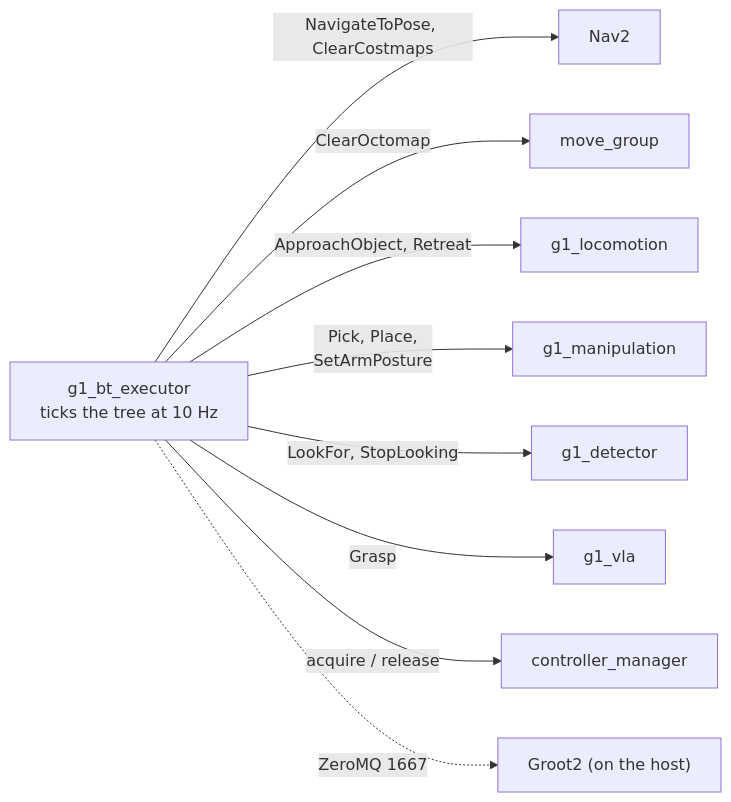
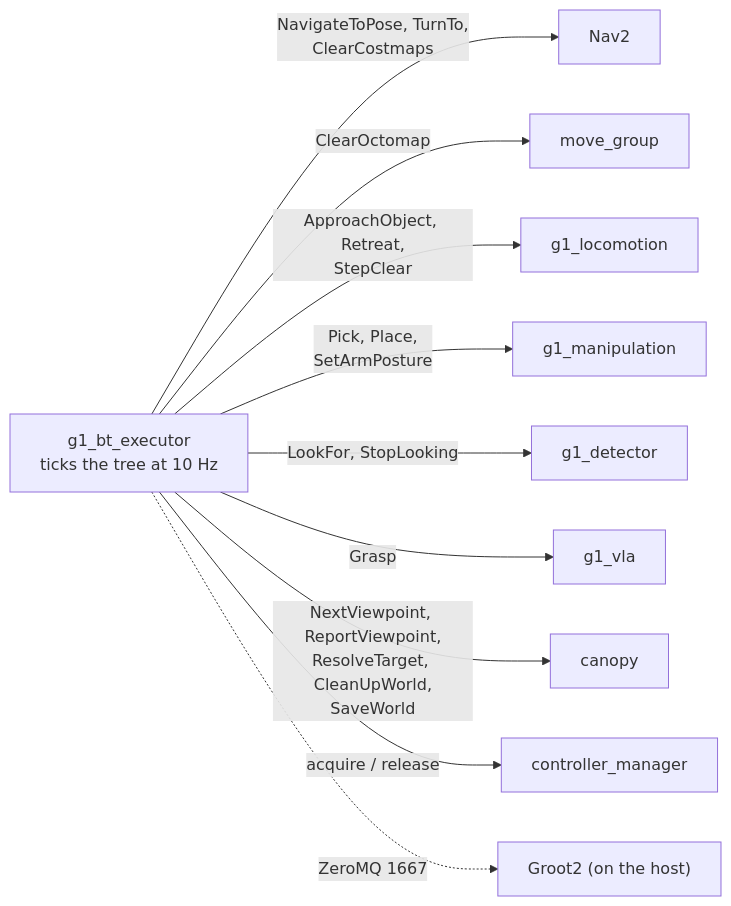
One commit to Adyansh04/grove-g1 changed the diagram in workspace/src/g1_orchestration/README.md. Above: the diagram before and after it, drawn with Mermaid. The commit also changed other lines of this file and 107 other files, not shown here.

````diff
--- a/workspace/src/g1_orchestration/README.md
+++ b/workspace/src/g1_orchestration/README.md
@@ -6,12 +6,13 @@
 ```mermaid
 flowchart LR
     EXE["g1_bt_executor<br/>ticks the tree at 10 Hz"]
-    EXE -- "NavigateToPose, ClearCostmaps" --> NAV["Nav2"]
+    EXE -- "NavigateToPose, TurnTo,<br/>ClearCostmaps" --> NAV["Nav2"]
     EXE -- "ClearOctomap" --> MG["move_group"]
-    EXE -- "ApproachObject, Retreat" --> BA["g1_locomotion"]
+    EXE -- "ApproachObject, Retreat,<br/>StepClear" --> BA["g1_locomotion"]
     EXE -- "Pick, Place,<br/>SetArmPosture" --> MAN["g1_manipulation"]
     EXE -- "LookFor, StopLooking" --> DET["g1_detector"]
     EXE -- "Grasp" --> VLA["g1_vla"]
+    EXE -- "NextViewpoint, ReportViewpoint,<br/>ResolveTarget, CleanUpWorld,<br/>SaveWorld" --> WM["canopy"]
     EXE -- "acquire / release" --> CM["controller_manager"]
     EXE -. "ZeroMQ 1667" .-> G["Groot2 (on the host)"]
 ```
````
